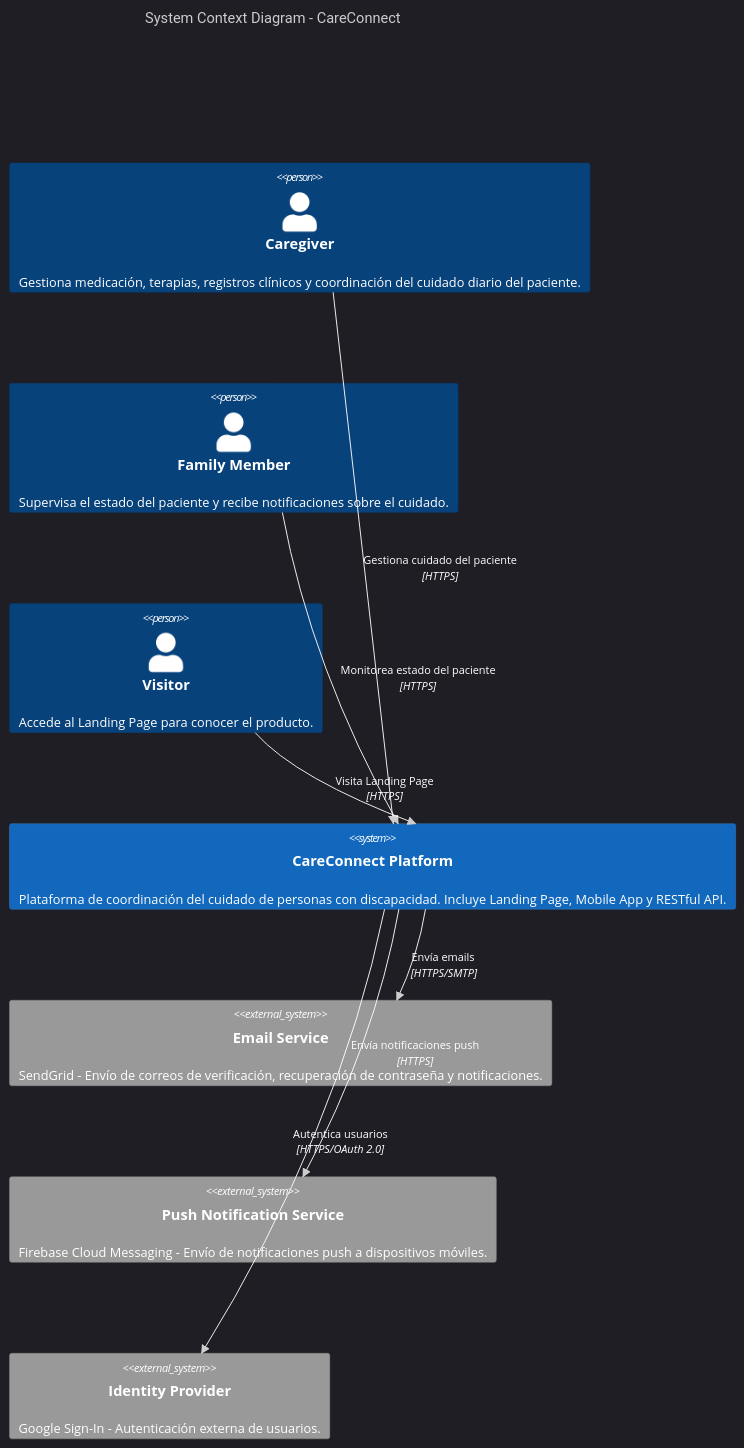
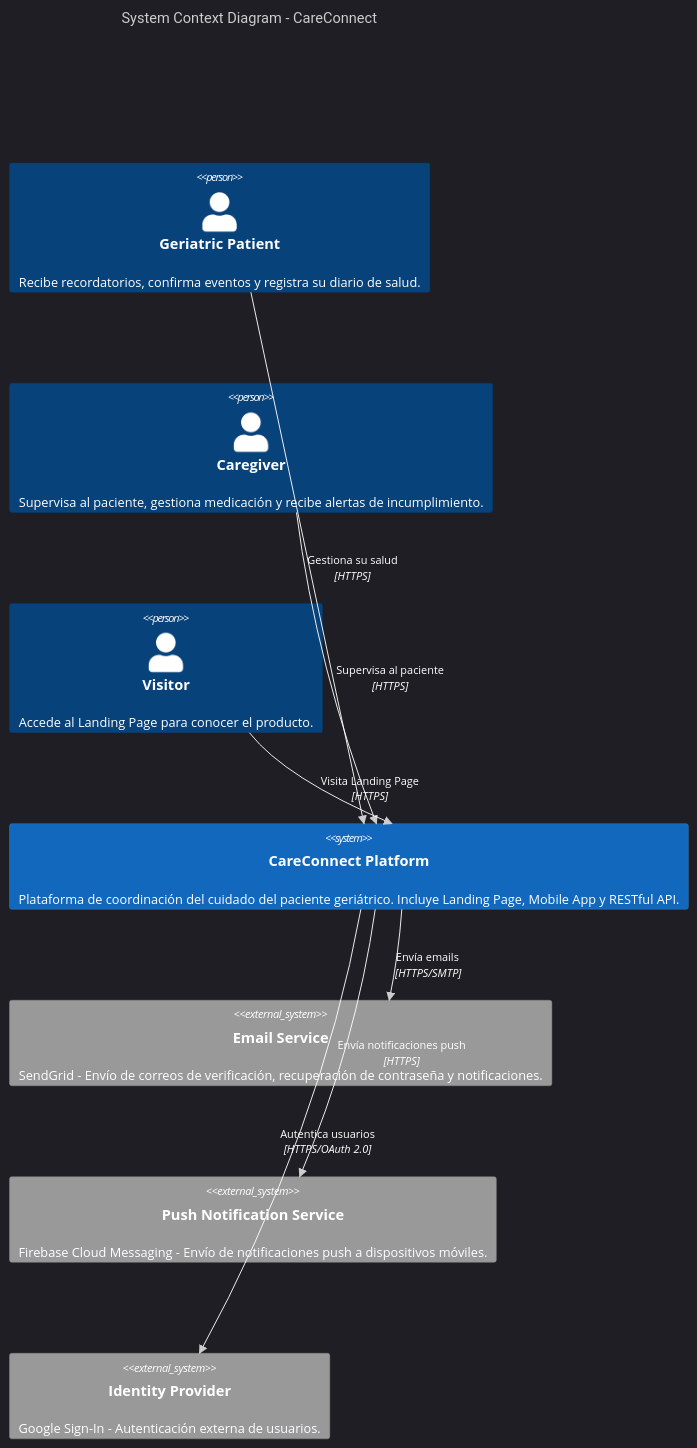
Before and after one commit to CareStacks/Report: the first of 5 diagrams in README.md, drawn with Mermaid. The commit also changed other lines of this file, not shown here.

First line of the commit message:
refactor: reorganize software architecture around 6 bounded contexts

````diff
--- a/README.md
+++ b/README.md
@@ -985,29 +996,29 @@
 ```mermaid
 %%{init: {'theme': 'dark'}}%%
 C4Context
     title System Context Diagram - CareConnect
 
-    Person(caregiver, "Caregiver", "Gestiona medicación, terapias, registros clínicos y coordinación del cuidado diario del paciente.")
-    Person(family, "Family Member", "Supervisa el estado del paciente y recibe notificaciones sobre el cuidado.")
+    Person(patient, "Geriatric Patient", "Recibe recordatorios, confirma eventos y registra su diario de salud.")
+    Person(caregiver, "Caregiver", "Supervisa al paciente, gestiona medicación y recibe alertas de incumplimiento.")
     Person(visitor, "Visitor", "Accede al Landing Page para conocer el producto.")
 
-    System(careconnect, "CareConnect Platform", "Plataforma de coordinación del cuidado de personas con discapacidad. Incluye Landing Page, Mobile App y RESTful API.")
+    System(careconnect, "CareConnect Platform", "Plataforma de coordinación del cuidado del paciente geriátrico. Incluye Landing Page, Mobile App y RESTful API.")
 
     System_Ext(email, "Email Service", "SendGrid - Envío de correos de verificación, recuperación de contraseña y notificaciones.")
     System_Ext(push, "Push Notification Service", "Firebase Cloud Messaging - Envío de notificaciones push a dispositivos móviles.")
     System_Ext(idp, "Identity Provider", "Google Sign-In - Autenticación externa de usuarios.")
 
-    Rel(caregiver, careconnect, "Gestiona cuidado del paciente", "HTTPS")
-    Rel(family, careconnect, "Monitorea estado del paciente", "HTTPS")
+    Rel(patient, careconnect, "Gestiona su salud", "HTTPS")
+    Rel(caregiver, careconnect, "Supervisa al paciente", "HTTPS")
     Rel(visitor, careconnect, "Visita Landing Page", "HTTPS")
     Rel(careconnect, email, "Envía emails", "HTTPS/SMTP")
     Rel(careconnect, push, "Envía notificaciones push", "HTTPS")
     Rel(careconnect, idp, "Autentica usuarios", "HTTPS/OAuth 2.0")
 
+    UpdateRelStyle(patient, careconnect, $textColor="#ffffff", $lineColor="#ffffff")
     UpdateRelStyle(caregiver, careconnect, $textColor="#ffffff", $lineColor="#ffffff")
-    UpdateRelStyle(family, careconnect, $textColor="#ffffff", $lineColor="#ffffff")
     UpdateRelStyle(visitor, careconnect, $textColor="#ffffff", $lineColor="#ffffff")
     UpdateRelStyle(careconnect, email, $textColor="#ffffff", $lineColor="#ffffff")
     UpdateRelStyle(careconnect, push, $textColor="#ffffff", $lineColor="#ffffff")
     UpdateRelStyle(careconnect, idp, $textColor="#ffffff", $lineColor="#ffffff")
 ```
````
